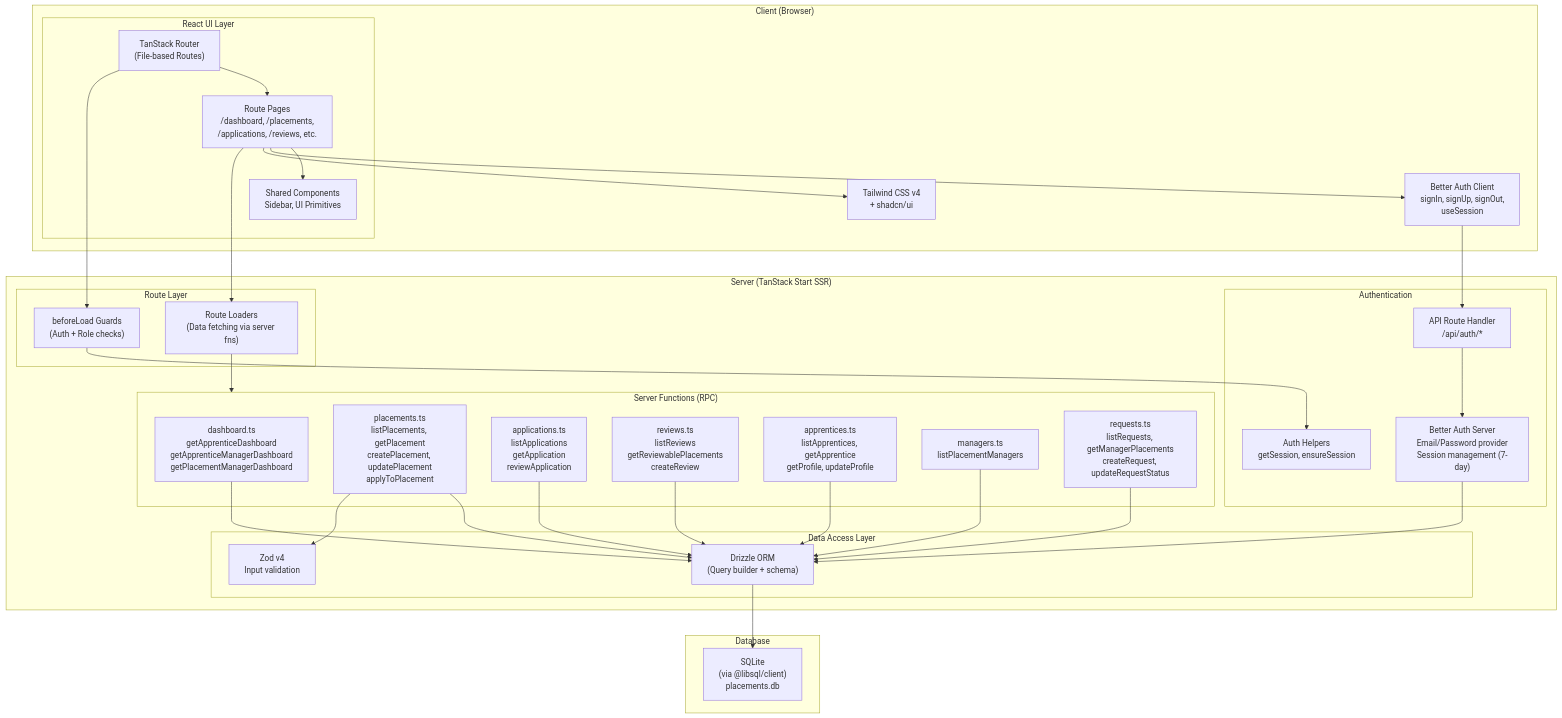
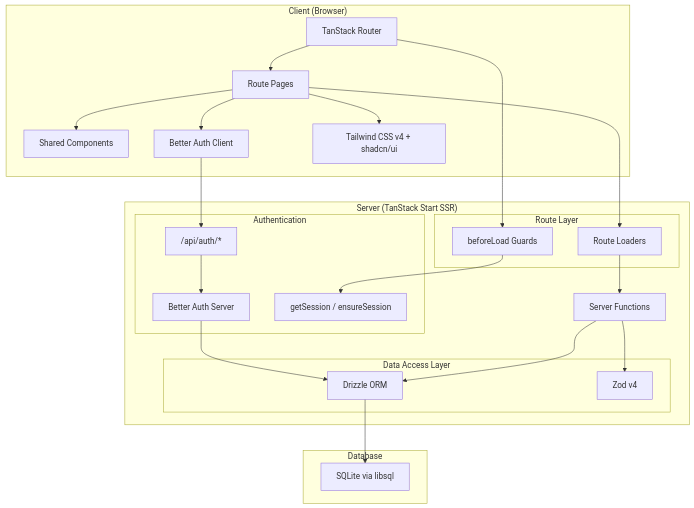
One commit to JayCenaUni/Placements changed the diagram in docs/uml/component-diagram.md. Above: the diagram before and after it, drawn with Mermaid. The commit also changed other lines of this file and 5 other files, not shown here.

Commit message:
Add i package to dependencies, enhance UML diagrams, and refine state diagrams for clarity

````diff
--- a/docs/uml/component-diagram.md
+++ b/docs/uml/component-diagram.md
@@ -5,69 +5,53 @@
 ```mermaid
 graph TB
     subgraph Client["Client (Browser)"]
-        subgraph UI["React UI Layer"]
-            Router["TanStack Router<br/>(File-based Routes)"]
-            Pages["Route Pages<br/>/dashboard, /placements,<br/>/applications, /reviews, etc."]
-            Components["Shared Components<br/>Sidebar, UI Primitives"]
-        end
-        AuthClient["Better Auth Client<br/>signIn, signUp, signOut,<br/>useSession"]
-        StyleEngine["Tailwind CSS v4<br/>+ shadcn/ui"]
+        Router[TanStack Router]
+        Pages[Route Pages]
+        Components[Shared Components]
+        AuthClient[Better Auth Client]
+        Styles[Tailwind CSS v4 + shadcn/ui]
     end
 
     subgraph Server["Server (TanStack Start SSR)"]
         subgraph RouteHandlers["Route Layer"]
-            BeforeLoad["beforeLoad Guards<br/>(Auth + Role checks)"]
-            Loaders["Route Loaders<br/>(Data fetching via server fns)"]
+            BeforeLoad[beforeLoad Guards]
+            Loaders[Route Loaders]
         end
 
-        subgraph ServerFunctions["Server Functions (RPC)"]
-            SF_Dashboard["dashboard.ts<br/>getApprenticeDashboard<br/>getApprenticeManagerDashboard<br/>getPlacementManagerDashboard"]
-            SF_Placements["placements.ts<br/>listPlacements, getPlacement<br/>createPlacement, updatePlacement<br/>applyToPlacement"]
-            SF_Applications["applications.ts<br/>listApplications<br/>getApplication<br/>reviewApplication"]
-            SF_Reviews["reviews.ts<br/>listReviews<br/>getReviewablePlacements<br/>createReview"]
-            SF_Apprentices["apprentices.ts<br/>listApprentices, getApprentice<br/>getProfile, updateProfile"]
-            SF_Managers["managers.ts<br/>listPlacementManagers"]
-            SF_Requests["requests.ts<br/>listRequests, getManagerPlacements<br/>createRequest, updateRequestStatus"]
-        end
+        ServerFunctions[Server Functions]
 
         subgraph AuthServer["Authentication"]
-            BetterAuth["Better Auth Server<br/>Email/Password provider<br/>Session management (7-day)"]
-            AuthAPI["API Route Handler<br/>/api/auth/*"]
-            AuthHelpers["Auth Helpers<br/>getSession, ensureSession"]
+            BetterAuth[Better Auth Server]
+            AuthAPI["/api/auth/*"]
+            AuthHelpers[getSession / ensureSession]
         end
 
         subgraph DataLayer["Data Access Layer"]
-            DrizzleORM["Drizzle ORM<br/>(Query builder + schema)"]
-            Validation["Zod v4<br/>Input validation"]
+            DrizzleORM[Drizzle ORM]
+            Validation[Zod v4]
         end
     end
 
     subgraph Database["Database"]
-        SQLite["SQLite<br/>(via @libsql/client)<br/>placements.db"]
+        SQLite[SQLite via libsql]
     end
 
     Router --> Pages
     Pages --> Components
+    Pages --> Styles
     Pages --> AuthClient
-    Pages --> StyleEngine
 
     Router --> BeforeLoad
     BeforeLoad --> AuthHelpers
     Pages --> Loaders
     Loaders --> ServerFunctions
 
     AuthClient --> AuthAPI
     AuthAPI --> BetterAuth
     BetterAuth --> DrizzleORM
 
-    SF_Dashboard --> DrizzleORM
-    SF_Placements --> DrizzleORM
-    SF_Placements --> Validation
-    SF_Applications --> DrizzleORM
-    SF_Reviews --> DrizzleORM
-    SF_Apprentices --> DrizzleORM
-    SF_Managers --> DrizzleORM
-    SF_Requests --> DrizzleORM
+    ServerFunctions --> Validation
+    ServerFunctions --> DrizzleORM
 
     DrizzleORM --> SQLite
 ```
````
